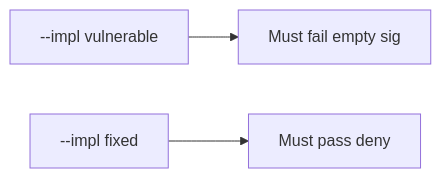
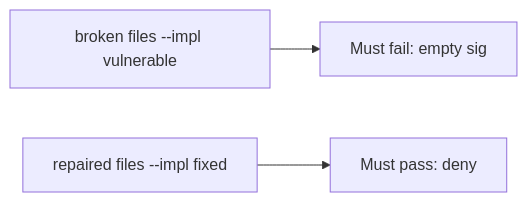
Before and after one commit to ishitvagoel/LearnSecurity: the diagram in content/modules/7/7.3/lessons/05-verify.md, drawn with Mermaid. The commit also changed other lines of this file and 31 other files, not shown here.

````diff
--- a/content/modules/7/7.3/lessons/05-verify.md
+++ b/content/modules/7/7.3/lessons/05-verify.md
@@ -15,5 +14,5 @@
 ```mermaid
 flowchart LR
-  V["--impl vulnerable"] --> F["Must fail empty sig"]
-  X["--impl fixed"] --> P["Must pass deny"]
+  V["broken files --impl vulnerable"] --> F["Must fail: empty sig"]
+  X["repaired files --impl fixed"] --> P["Must pass: deny"]
 ```
````
